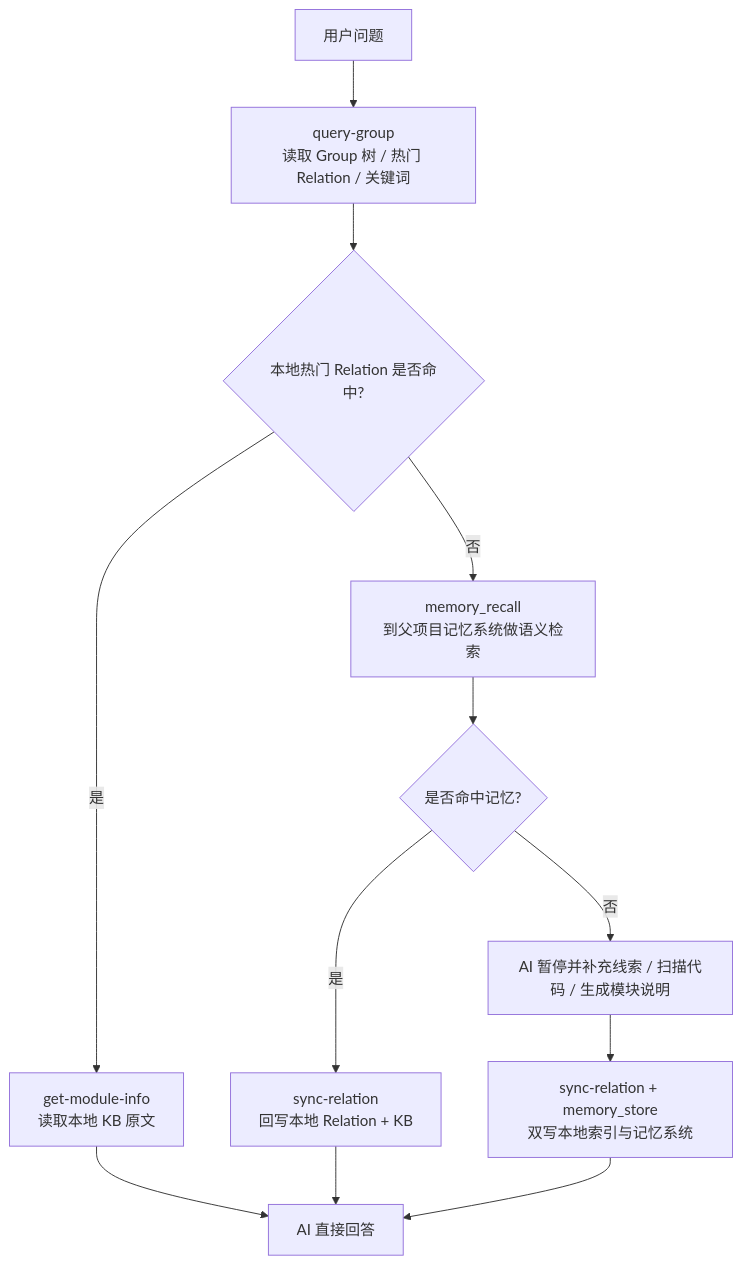
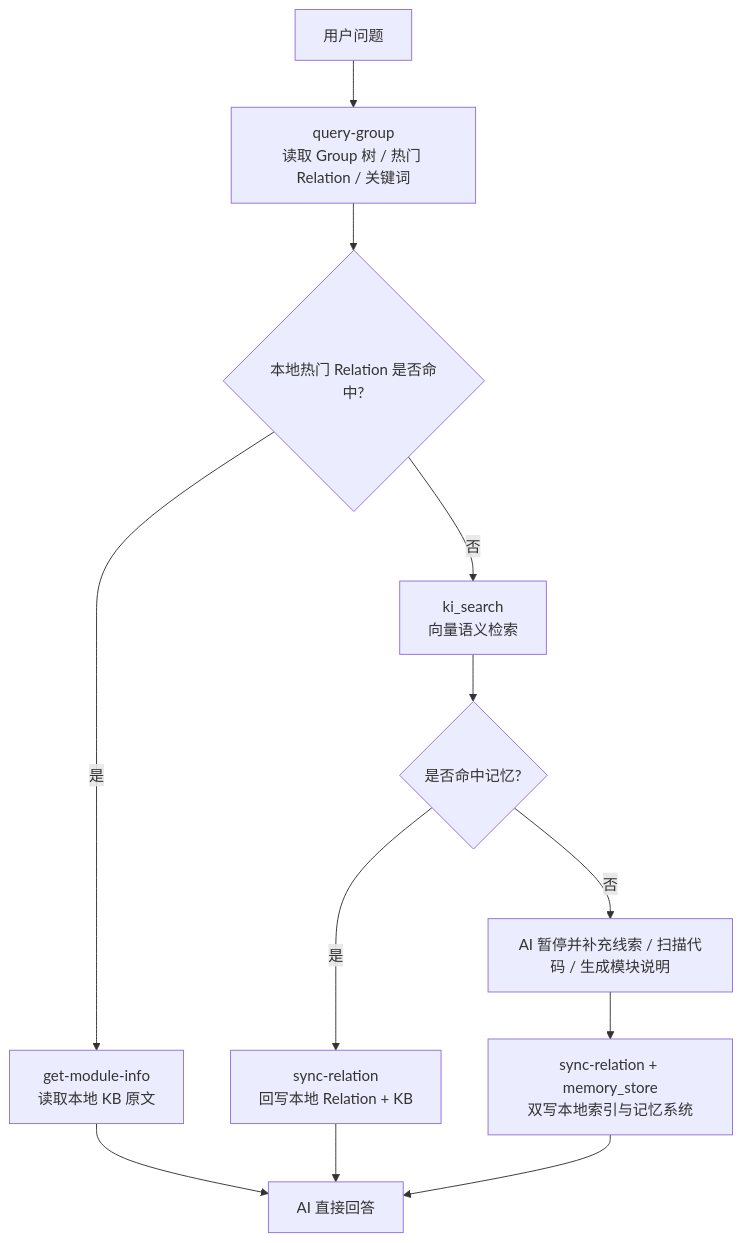
The third of 3 diagrams in skills/ki-foundation/SKILL.md (HACK-WU/kisearch), drawn with Mermaid before and after one commit. The commit also changed other lines of this file and 5 other files, not shown here.

````diff
--- a/skills/ki-foundation/SKILL.md
+++ b/skills/ki-foundation/SKILL.md
@@ -77,16 +77,16 @@
 ```mermaid
 flowchart TD
     Q[用户问题] --> G[query-group<br/>读取 Group 树 / 热门 Relation / 关键词]
     G --> H{本地热门 Relation 是否命中?}
     H -- 是 --> M[get-module-info<br/>读取本地 KB 原文]
     M --> A[AI 直接回答]
 
-    H -- 否 --> R[memory_recall<br/>到父项目记忆系统做语义检索]
+    H -- 否 --> R[ki_search<br/>向量语义检索]
     R --> F{是否命中记忆?}
     F -- 是 --> S[sync-relation<br/>回写本地 Relation + KB]
     S --> A
 
     F -- 否 --> P[AI 暂停并补充线索 / 扫描代码 / 生成模块说明]
     P --> D[sync-relation + memory_store<br/>双写本地索引与记忆系统]
     D --> A
 ```
````
